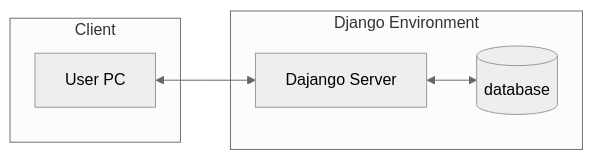
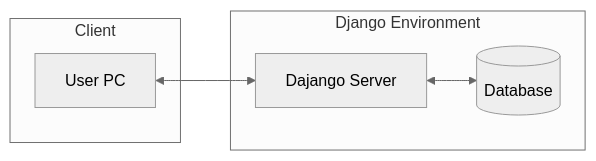
One commit to matt2ology/tech-journal-and-blog changed the first of 2 diagrams in synthesis/courses/django-6-the-big-picture/00-django-6-the-big-picture-synthesis.md. Above: the diagram before and after it, drawn with Mermaid (neutral theme).

Commit message:
fix: update flowchart syntax for improved clarity in Django 6 synthesis

````diff
--- a/synthesis/courses/django-6-the-big-picture/00-django-6-the-big-picture-synthesis.md
+++ b/synthesis/courses/django-6-the-big-picture/00-django-6-the-big-picture-synthesis.md
@@ -46,14 +46,14 @@
 ```mermaid
 flowchart LR
-    subgraph Client ["Client"]
-        PC["User PC"]
+    subgraph client[Client]
+        pc[User PC]
     end
 
-    subgraph Backend ["Django Environment"]
-        Django["Dajango Server"]
-        DB[("database")]
+    subgraph backend[Django Environment]
+        django[Dajango Server]
+        db[(Database)]
     end
 
-    PC <--> Django
-    Django <--> DB
+    pc <--> django
+    django <--> db
 ```
````
